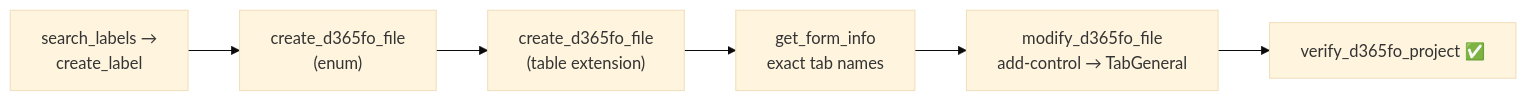
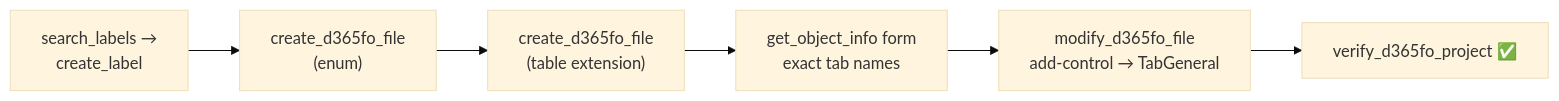
One commit to DaylePWork/d365fo-mcp-server changed the fourth of 7 diagrams in docs/USAGE_EXAMPLES.md. Above: the diagram before and after it, drawn with Mermaid (base theme). The commit also changed other lines of this file and 57 other files, not shown here.

First line of the commit message:
feat: unify per-type readers under get_object_info

````diff
--- a/docs/USAGE_EXAMPLES.md
+++ b/docs/USAGE_EXAMPLES.md
@@ -97,8 +97,8 @@
 ```mermaid
 flowchart LR
     A["search_labels →<br/>create_label"] --> B["create_d365fo_file<br/>(enum)"]
     B --> C["create_d365fo_file<br/>(table extension)"]
-    C --> D["get_form_info<br/>exact tab names"]
+    C --> D["get_object_info form<br/>exact tab names"]
     D --> E["modify_d365fo_file<br/>add-control → TabGeneral"]
     E --> F[verify_d365fo_project ✅]
 ```
````
